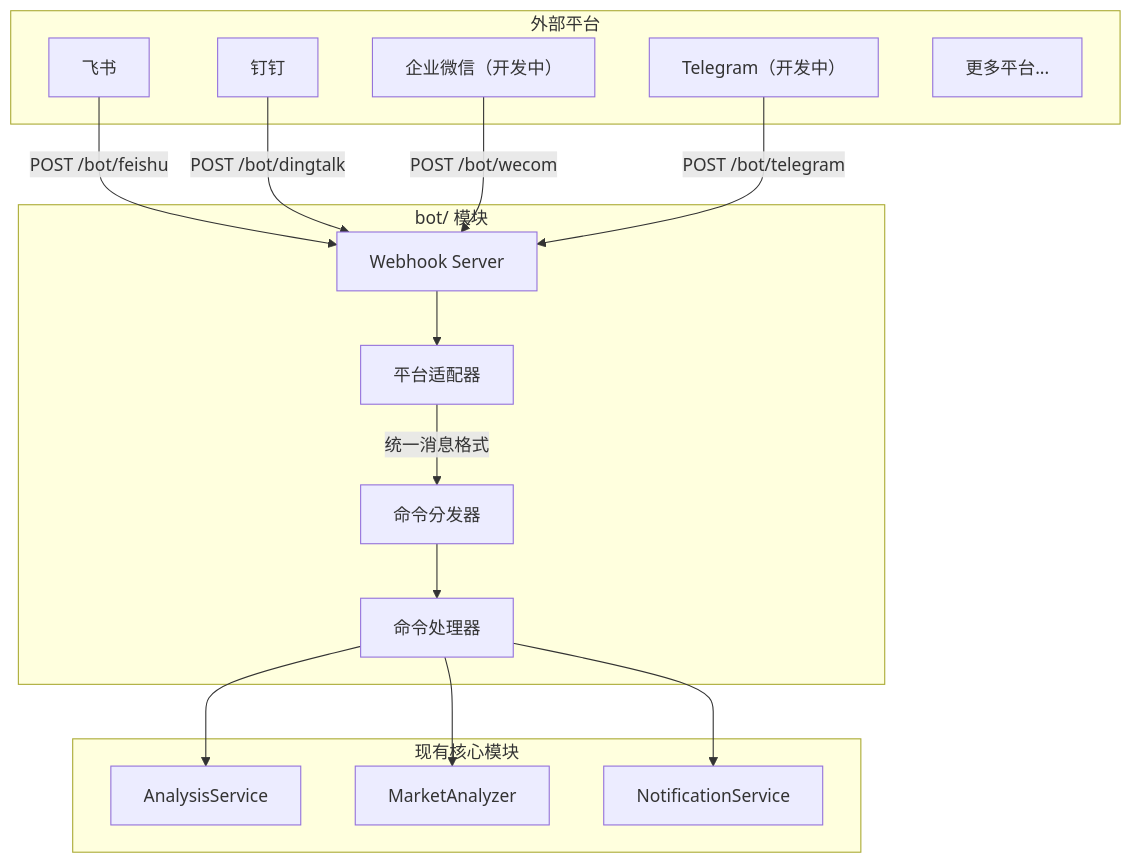
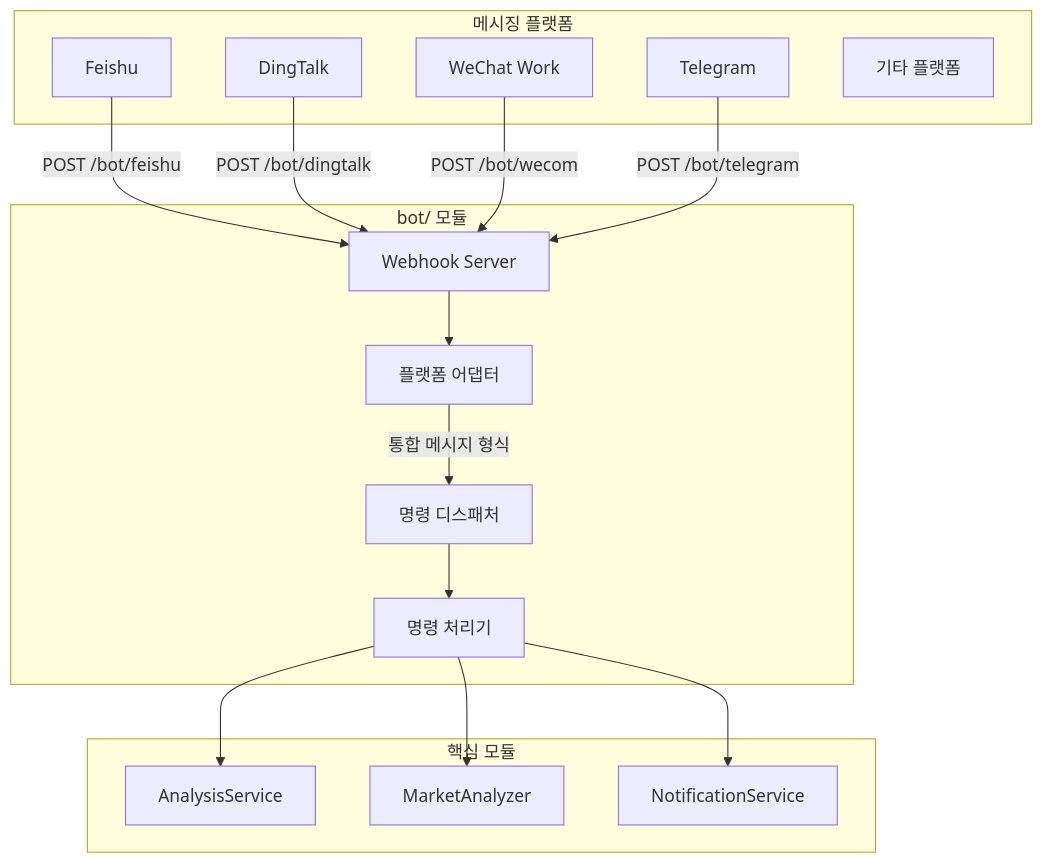
The diagram in docs/bot-command.md (ydgg1975/daily_stock_analysis_v1.3), drawn with Mermaid before and after one commit. The commit also changed other lines of this file and 2 other files, not shown here.

````diff
--- a/docs/bot-command.md
+++ b/docs/bot-command.md
@@ -5,35 +9,35 @@
 ```mermaid
 flowchart TB
-    subgraph Platforms [外部平台]
-        FS[飞书]
-        DT[钉钉]
-        WC[企业微信（开发中）]
-        TG[Telegram（开发中）]
-        More[更多平台...]
+    subgraph Platforms ["메시징 플랫폼"]
+        FS["Feishu"]
+        DT["DingTalk"]
+        WC["WeChat Work"]
+        TG["Telegram"]
+        More["기타 플랫폼"]
     end
 
-    subgraph BotModule [bot/ 模块]
-        WH[Webhook Server]
-        Adapters[平台适配器]
-        Dispatcher[命令分发器]
-        Commands[命令处理器]
+    subgraph BotModule ["bot/ 모듈"]
+        WH["Webhook Server"]
+        Adapters["플랫폼 어댑터"]
+        Dispatcher["명령 디스패처"]
+        Commands["명령 처리기"]
     end
 
-    subgraph Core [现有核心模块]
-        AS[AnalysisService]
-        MA[MarketAnalyzer]
-        NS[NotificationService]
+    subgraph Core ["핵심 모듈"]
+        AS["AnalysisService"]
+        MA["MarketAnalyzer"]
+        NS["NotificationService"]
     end
 
-    FS -->|POST /bot/feishu| WH
-    DT -->|POST /bot/dingtalk| WH
-    WC -->|POST /bot/wecom| WH
-    TG -->|POST /bot/telegram| WH
+    FS -->|"POST /bot/feishu"| WH
+    DT -->|"POST /bot/dingtalk"| WH
+    WC -->|"POST /bot/wecom"| WH
+    TG -->|"POST /bot/telegram"| WH
 
     WH --> Adapters
-    Adapters -->|统一消息格式| Dispatcher
+    Adapters -->|"통합 메시지 형식"| Dispatcher
     Dispatcher --> Commands
     Commands --> AS
     Commands --> MA
     Commands --> NS
 ```
````
